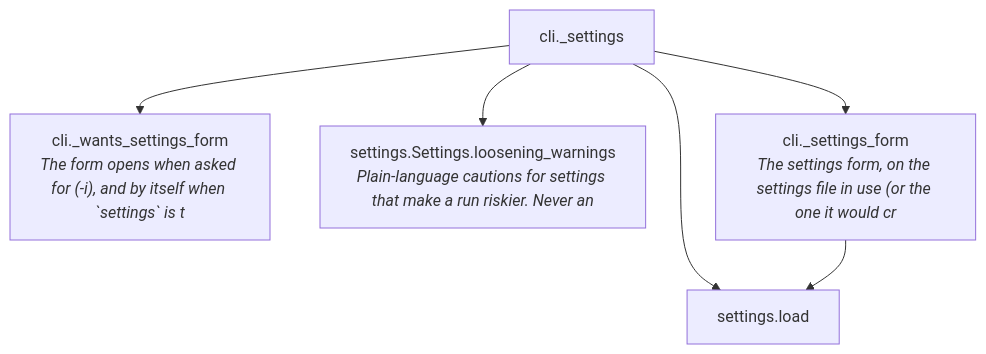
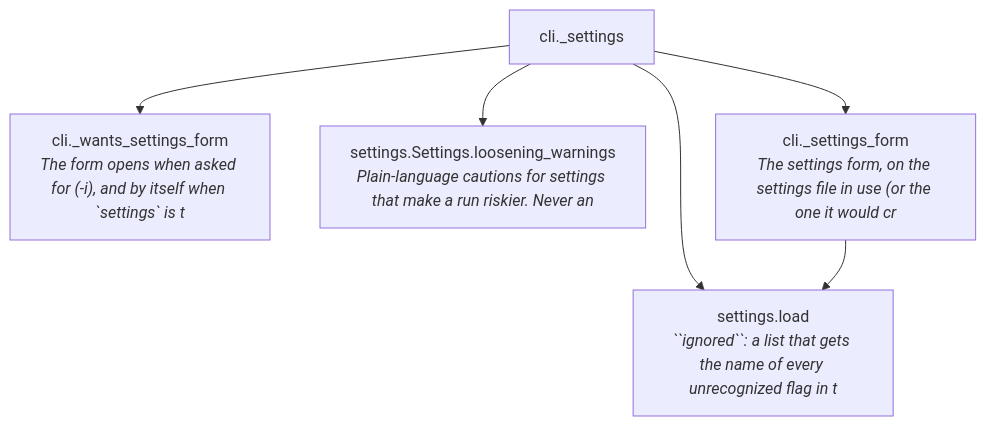
One commit to fettigcj/panUpgrade changed diagram 11 of 11 in docs/flow/verbs.md. Above: the diagram before and after it, drawn with Mermaid. The commit also changed 5 other files, not shown here.

````diff
--- a/docs/flow/verbs.md
+++ b/docs/flow/verbs.md
@@ -681,13 +681,13 @@
 ```mermaid
 flowchart TD
     n_panupgrade_cli__settings["cli._settings"]
     n_panupgrade_cli__wants_settings_form["cli._wants_settings_form<br/><i>The form opens when asked for (-i), and by itself when `settings` is t</i>"]
-    n_panupgrade_settings_load["settings.load"]
+    n_panupgrade_settings_load["settings.load<br/><i>``ignored``: a list that gets the name of every unrecognized flag in t</i>"]
     n_panupgrade_settings_Settings_loosening_warnings["settings.Settings.loosening_warnings<br/><i>Plain-language cautions for settings that make a run riskier. Never an</i>"]
     n_panupgrade_cli__settings_form["cli._settings_form<br/><i>The settings form, on the settings file in use (or the one it would cr</i>"]
     n_panupgrade_cli__settings --> n_panupgrade_cli__wants_settings_form
     n_panupgrade_cli__settings --> n_panupgrade_settings_load
     n_panupgrade_cli__settings --> n_panupgrade_settings_Settings_loosening_warnings
     n_panupgrade_cli__settings --> n_panupgrade_cli__settings_form
     n_panupgrade_cli__settings_form --> n_panupgrade_settings_load
 ```
````
